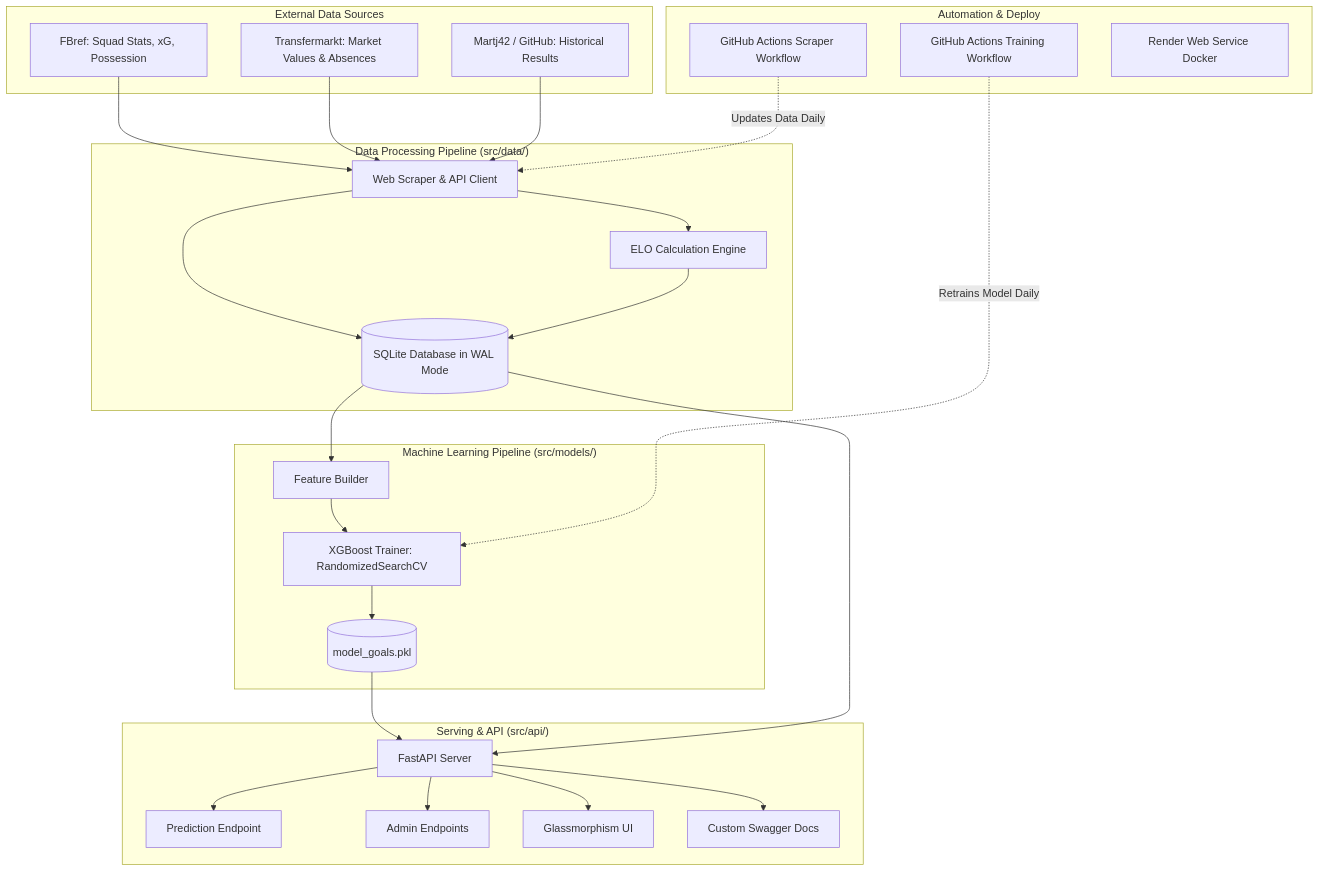
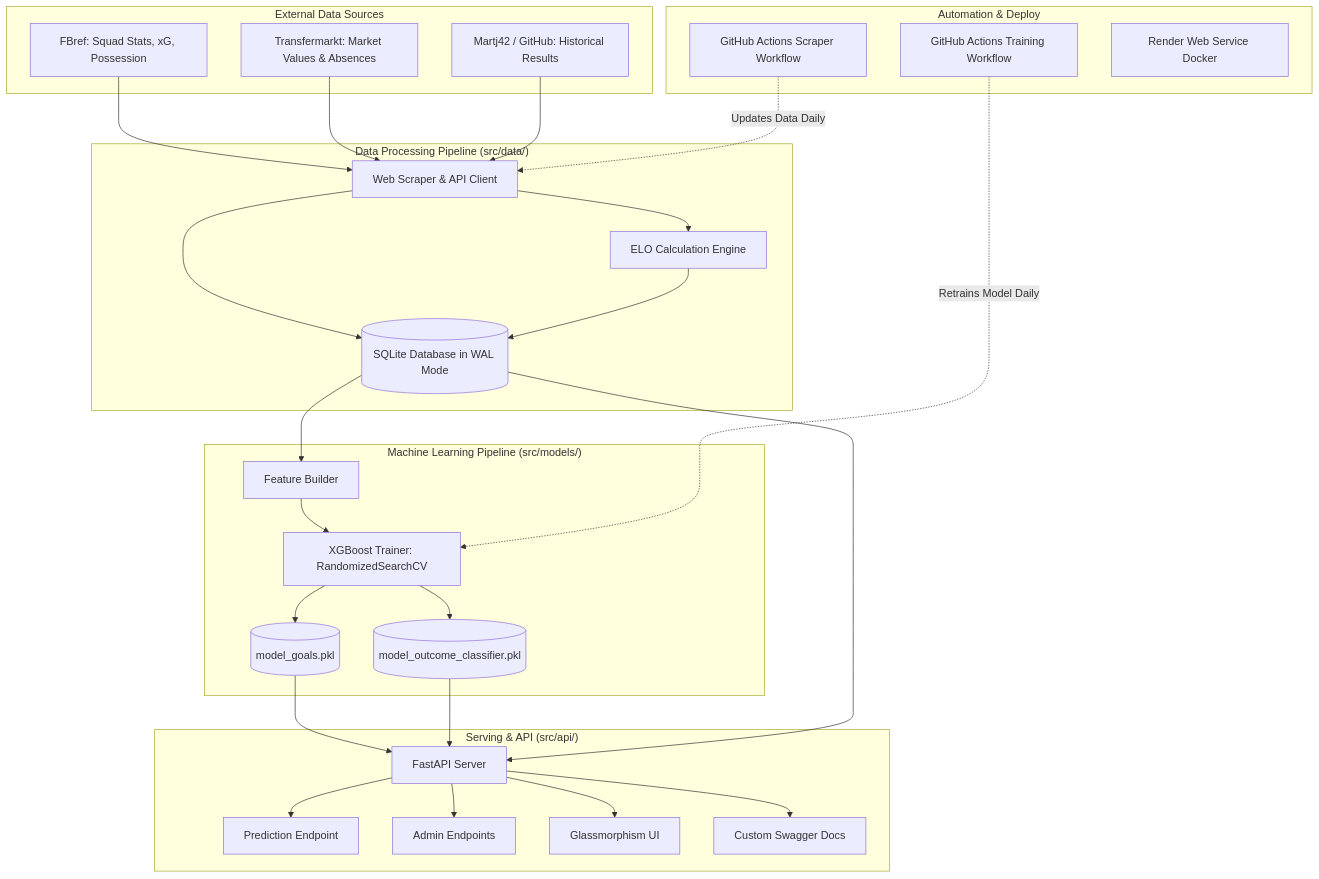
The first of 4 diagrams in README.md (SebasHuaypar/worldcup-predictive-engine-api), drawn with Mermaid before and after one commit. The commit also changed other lines of this file, not shown here.

Commit message:
docs: update README with dual-model architecture, Dixon-Coles parameters, and score calibration

````diff
--- a/README.md
+++ b/README.md
@@ -64,54 +64,57 @@
 ```mermaid
 graph TD
     subgraph "External Data Sources"
         A1[FBref: Squad Stats, xG, Possession]
         A2[Transfermarkt: Market Values & Absences]
         A3[Martj42 / GitHub: Historical Results]
     end
 
     subgraph "Data Processing Pipeline (src/data/)"
         B1[Web Scraper & API Client]
         B2[(SQLite Database in WAL Mode)]
         B3[ELO Calculation Engine]
         
         A1 --> B1
         A2 --> B1
         A3 --> B1
         B1 --> B2
         B1 --> B3
         B3 --> B2
     end
 
     subgraph "Machine Learning Pipeline (src/models/)"
         C1[Feature Builder]
         C2[XGBoost Trainer: RandomizedSearchCV]
         C3[(model_goals.pkl)]
+        C4[(model_outcome_classifier.pkl)]
         
         B2 --> C1
         C1 --> C2
         C2 --> C3
+        C2 --> C4
     end
 
     subgraph "Serving & API (src/api/)"
         D1[FastAPI Server]
         D2[Prediction Endpoint]
         D3[Admin Endpoints]
         D4[Glassmorphism UI]
         D5[Custom Swagger Docs]
         
         C3 --> D1
+        C4 --> D1
         B2 --> D1
         D1 --> D2
         D1 --> D3
         D1 --> D4
         D1 --> D5
     end
 
     subgraph "Automation & Deploy"
         E1[GitHub Actions Scraper Workflow]
         E2[GitHub Actions Training Workflow]
         E3[Render Web Service Docker]
         E1 -. "Updates Data Daily" .-> B1
         E2 -. "Retrains Model Daily" .-> C2
     end
 ```
````
